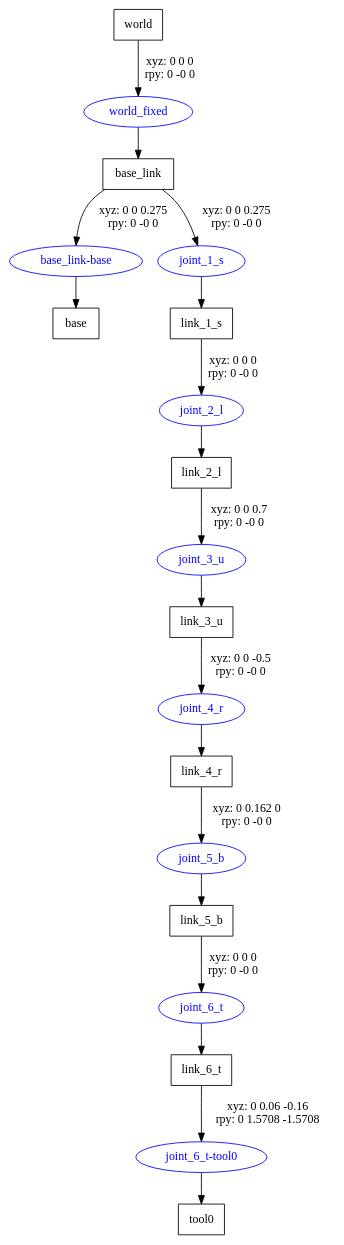
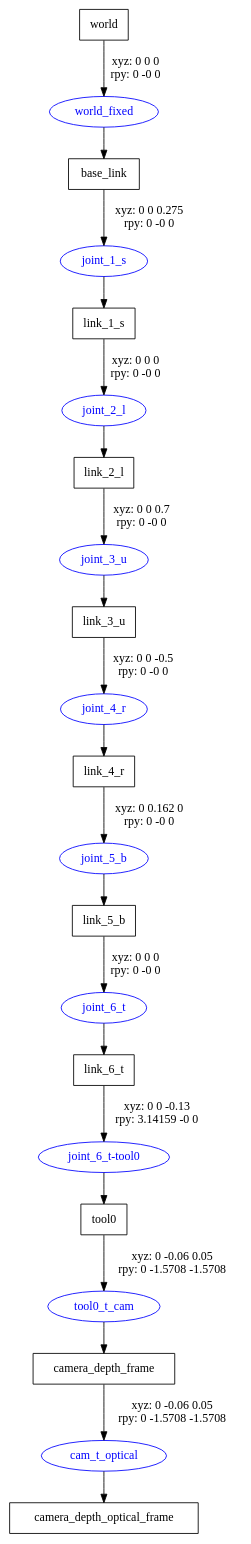
Before and after one commit to Bp91230/Projet_integration_ROS: the diagram in catkin_ws/motoman_hc10.gv, drawn with Graphviz. The commit also changed 4 other files, not shown here.

```diff
--- a/catkin_ws/motoman_hc10.gv
+++ b/catkin_ws/motoman_hc10.gv
@@ -1,32 +1,35 @@
 digraph G {
 node [shape=box];
 "world" [label="world"];
 "base_link" [label="base_link"];
-"base" [label="base"];
 "link_1_s" [label="link_1_s"];
 "link_2_l" [label="link_2_l"];
 "link_3_u" [label="link_3_u"];
 "link_4_r" [label="link_4_r"];
 "link_5_b" [label="link_5_b"];
 "link_6_t" [label="link_6_t"];
 "tool0" [label="tool0"];
+"camera_depth_frame" [label="camera_depth_frame"];
+"camera_depth_optical_frame" [label="camera_depth_optical_frame"];
 node [shape=ellipse, color=blue, fontcolor=blue];
 "world" -> "world_fixed" [label="xyz: 0 0 0 \nrpy: 0 -0 0"]
 "world_fixed" -> "base_link"
-"base_link" -> "base_link-base" [label="xyz: 0 0 0.275 \nrpy: 0 -0 0"]
-"base_link-base" -> "base"
 "base_link" -> "joint_1_s" [label="xyz: 0 0 0.275 \nrpy: 0 -0 0"]
 "joint_1_s" -> "link_1_s"
 "link_1_s" -> "joint_2_l" [label="xyz: 0 0 0 \nrpy: 0 -0 0"]
 "joint_2_l" -> "link_2_l"
 "link_2_l" -> "joint_3_u" [label="xyz: 0 0 0.7 \nrpy: 0 -0 0"]
 "joint_3_u" -> "link_3_u"
 "link_3_u" -> "joint_4_r" [label="xyz: 0 0 -0.5 \nrpy: 0 -0 0"]
 "joint_4_r" -> "link_4_r"
 "link_4_r" -> "joint_5_b" [label="xyz: 0 0.162 0 \nrpy: 0 -0 0"]
 "joint_5_b" -> "link_5_b"
 "link_5_b" -> "joint_6_t" [label="xyz: 0 0 0 \nrpy: 0 -0 0"]
 "joint_6_t" -> "link_6_t"
-"link_6_t" -> "joint_6_t-tool0" [label="xyz: 0 0.06 -0.16 \nrpy: 0 1.5708 -1.5708"]
+"link_6_t" -> "joint_6_t-tool0" [label="xyz: 0 0 -0.13 \nrpy: 3.14159 -0 0"]
 "joint_6_t-tool0" -> "tool0"
+"tool0" -> "tool0_t_cam" [label="xyz: 0 -0.06 0.05 \nrpy: 0 -1.5708 -1.5708"]
+"tool0_t_cam" -> "camera_depth_frame"
+"camera_depth_frame" -> "cam_t_optical" [label="xyz: 0 -0.06 0.05 \nrpy: 0 -1.5708 -1.5708"]
+"cam_t_optical" -> "camera_depth_optical_frame"
 }
```
